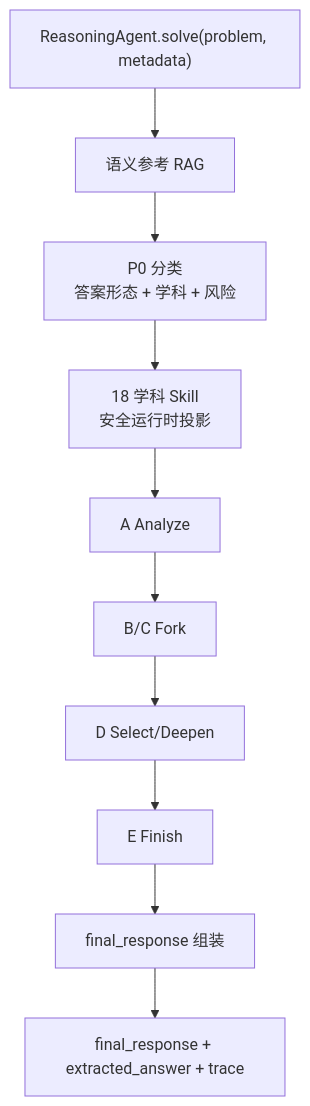
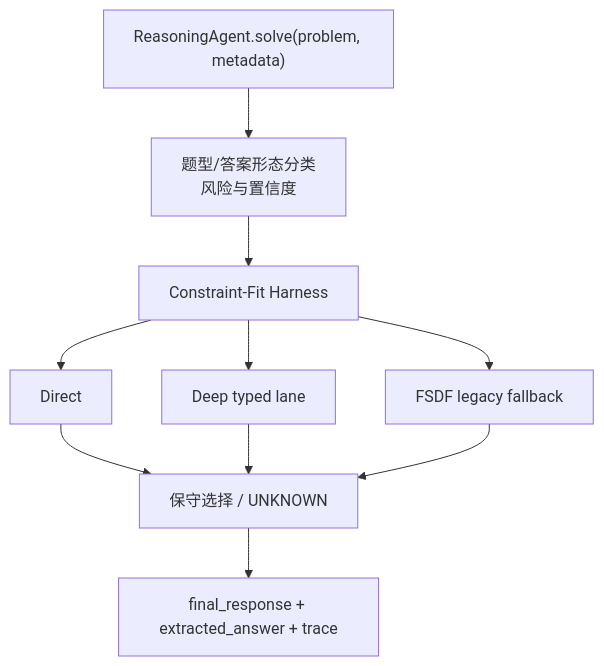
The first of 2 diagrams in README.md (RUSS0718/Challenge-Cup-2026), drawn with Mermaid before and after one commit. The commit also changed other lines of this file and 29 other files, not shown here.

First line of the commit message:
Consolidate architecture and evaluation records

````diff
--- a/README.md
+++ b/README.md
@@ -17,12 +17,12 @@
 ```mermaid
 flowchart TD
-    entry["ReasoningAgent.solve(problem, metadata)"] --> rag["语义参考 RAG"]
-    rag --> classify["P0 分类<br/>答案形态 + 学科 + 风险"]
-    classify --> skill["18 学科 Skill<br/>安全运行时投影"]
-    skill --> analyze["A Analyze"]
-    analyze --> fork["B/C Fork"]
-    fork --> deepen["D Select/Deepen"]
-    deepen --> finish["E Finish"]
-    finish --> finalize["final_response 组装"]
+    entry["ReasoningAgent.solve(problem, metadata)"] --> classify["题型/答案形态分类<br/>风险与置信度"]
+    classify --> harness["Constraint-Fit Harness"]
+    harness --> direct["Direct"]
+    harness --> deep["Deep typed lane"]
+    harness --> fsdf["FSDF legacy fallback"]
+    direct --> finalize["保守选择 / UNKNOWN"]
+    deep --> finalize
+    fsdf --> finalize
     finalize --> out["final_response + extracted_answer + trace"]
 ```
````
